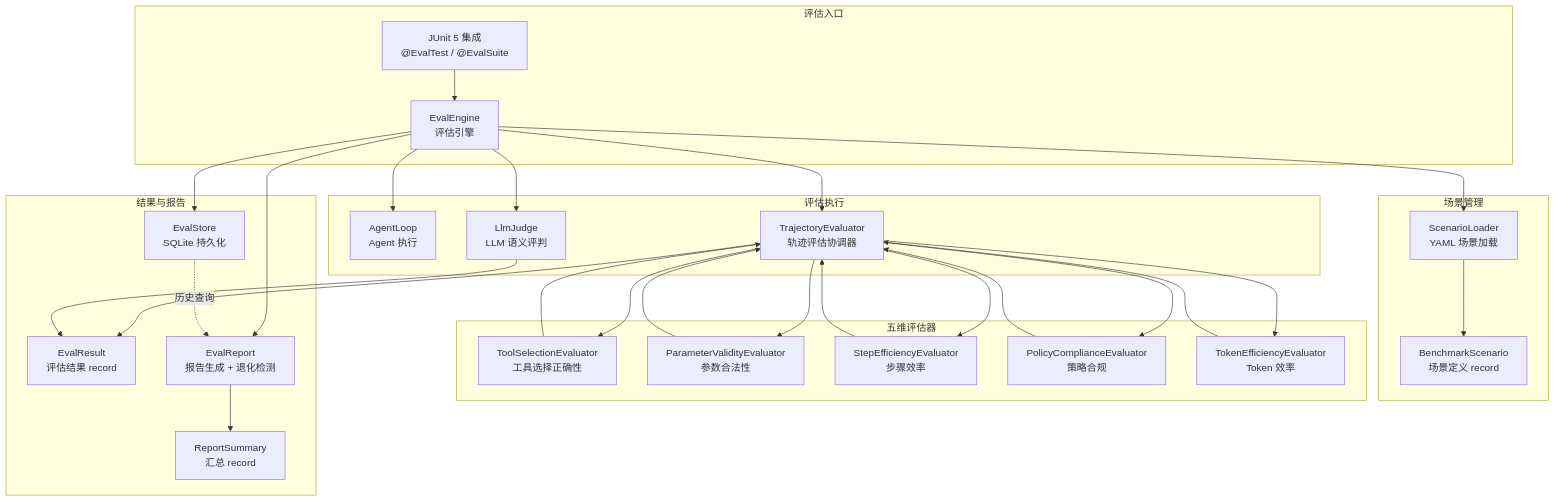
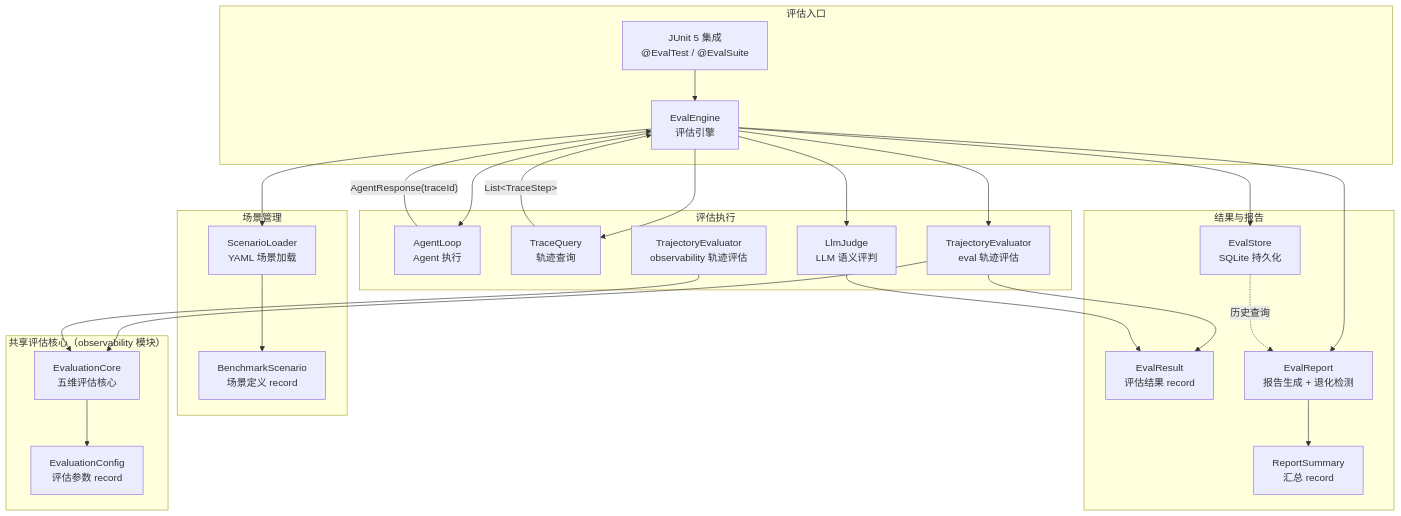
The first of 3 diagrams in docs/architecture/agentic-evals.md (ntygod/LifePilot), drawn with Mermaid before and after one commit. The commit also changed other lines of this file and 1 other file, not shown here.

Commit message:
docs(eval): 更新架构和特性文档反映 EvaluationCore 重构

````diff
--- a/docs/architecture/agentic-evals.md
+++ b/docs/architecture/agentic-evals.md
@@ -13,48 +13,51 @@
 ```mermaid
 graph TB
     subgraph "评估入口"
         JU["JUnit 5 集成<br/>@EvalTest / @EvalSuite"]
         EE["EvalEngine<br/>评估引擎"]
     end
 
     subgraph "场景管理"
         SL["ScenarioLoader<br/>YAML 场景加载"]
         BS["BenchmarkScenario<br/>场景定义 record"]
     end
 
     subgraph "评估执行"
         AL["AgentLoop<br/>Agent 执行"]
-        TE["TrajectoryEvaluator<br/>轨迹评估协调器"]
+        TQ["TraceQuery<br/>轨迹查询"]
+        TE_E["TrajectoryEvaluator<br/>eval 轨迹评估"]
+        TE_O["TrajectoryEvaluator<br/>observability 轨迹评估"]
         LJ["LlmJudge<br/>LLM 语义评判"]
     end
 
-    subgraph "五维评估器"
-        TS["ToolSelectionEvaluator<br/>工具选择正确性"]
-        PV["ParameterValidityEvaluator<br/>参数合法性"]
-        SE["StepEfficiencyEvaluator<br/>步骤效率"]
-        PC["PolicyComplianceEvaluator<br/>策略合规"]
-        TK["TokenEfficiencyEvaluator<br/>Token 效率"]
+    subgraph "共享评估核心（observability 模块）"
+        EC["EvaluationCore<br/>五维评估核心"]
+        ECfg["EvaluationConfig<br/>评估参数 record"]
     end
 
     subgraph "结果与报告"
         ER["EvalResult<br/>评估结果 record"]
         ES["EvalStore<br/>SQLite 持久化"]
         RP["EvalReport<br/>报告生成 + 退化检测"]
         RS["ReportSummary<br/>汇总 record"]
     end
 
     JU --> EE
     EE --> SL
     SL --> BS
     EE --> AL
-    EE --> TE
+    AL --"AgentResponse(traceId)"--> EE
+    EE --> TQ
+    TQ --"List&lt;TraceStep&gt;"--> EE
+    EE --> TE_E
+    TE_E --> EC
+    TE_O --> EC
+    EC --> ECfg
     EE --> LJ
-    TE --> TS & PV & SE & PC & TK
-    TS & PV & SE & PC & TK --> TE
-    TE --> ER
+    TE_E --> ER
     LJ --> ER
     EE --> ES
     EE --> RP
     RP --> RS
     ES -.->|"历史查询"| RP
 ```
````
